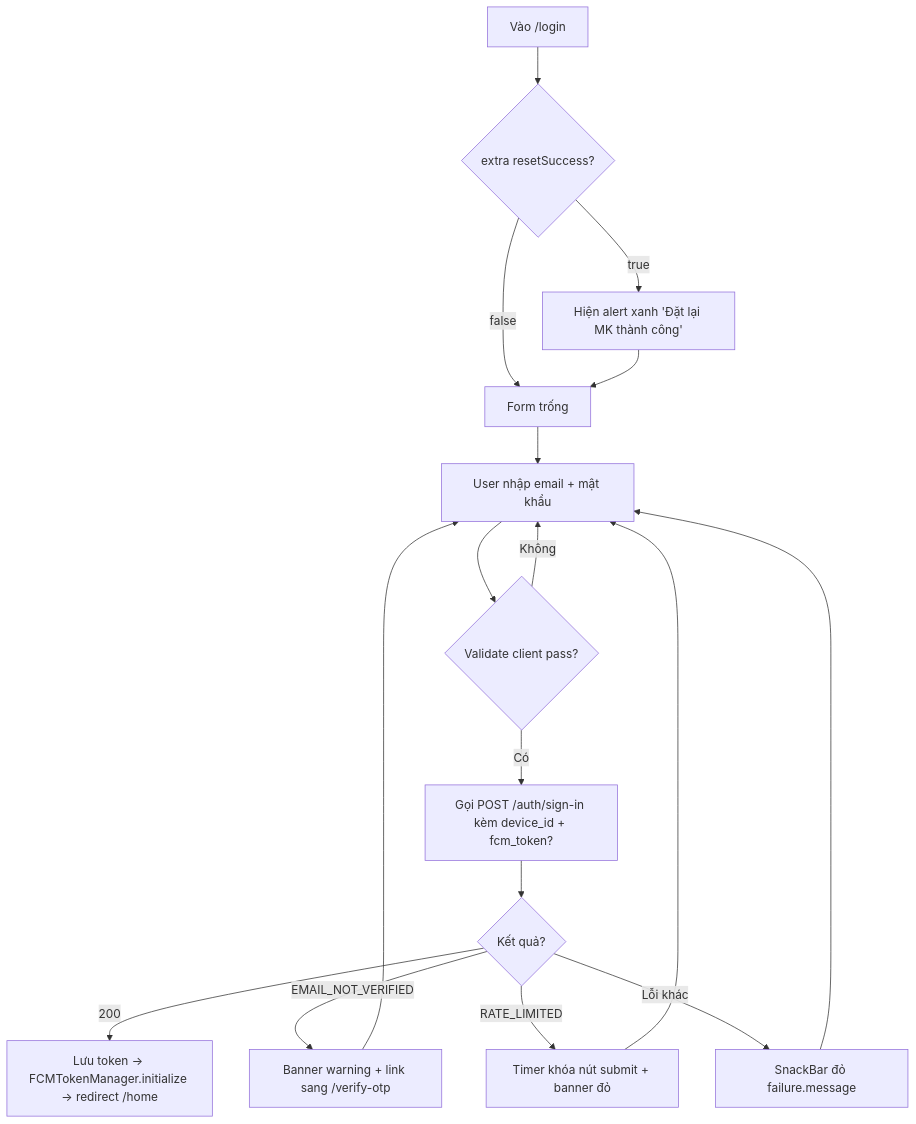
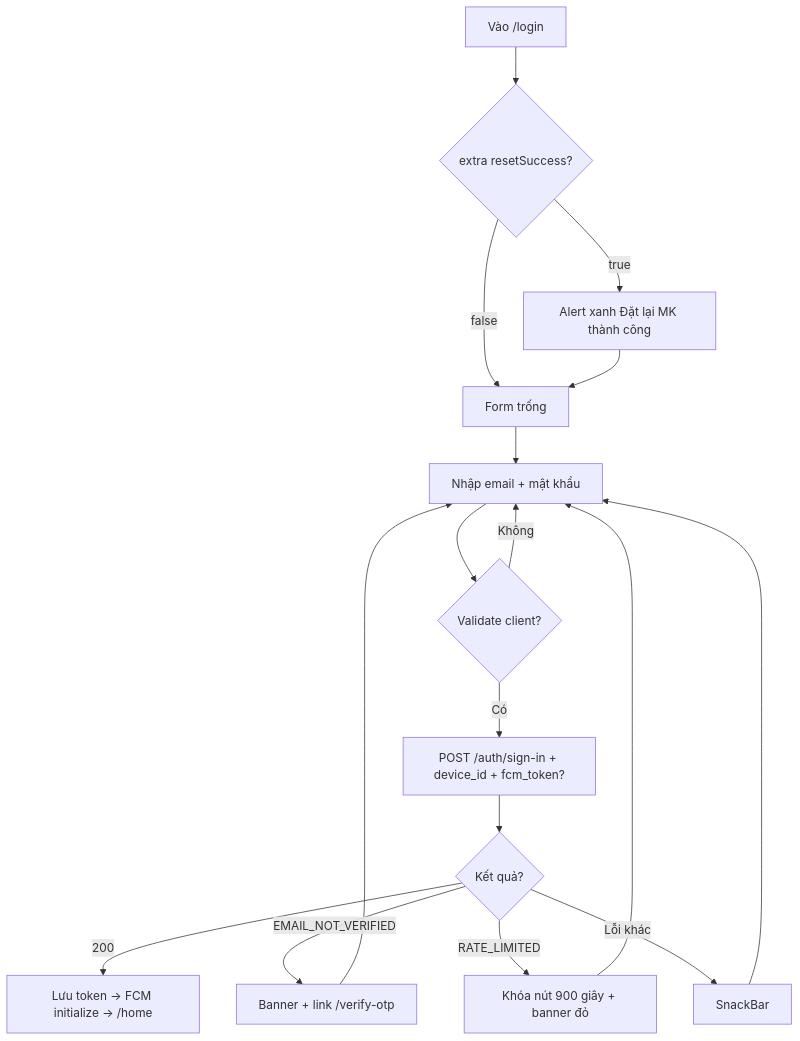
The sixth of 8 diagrams in flow/01-auth.md (FintechVSF-Tranning/PaySplit-RP), drawn with Mermaid before and after one commit. The commit also changed other lines of this file and 8 other files, not shown here.

````diff
--- a/flow/01-auth.md
+++ b/flow/01-auth.md
@@ -289,19 +308,19 @@
 ```mermaid
 flowchart TD
     A["Vào /login"] --> B{"extra resetSuccess?"}
-    B -->|"true"| C["Hiện alert xanh 'Đặt lại MK thành công'"]
+    B -->|"true"| C["Alert xanh Đặt lại MK thành công"]
     B -->|"false"| D["Form trống"]
     C --> D
-    D --> E["User nhập email + mật khẩu"]
-    E --> F{"Validate client pass?"}
+    D --> E["Nhập email + mật khẩu"]
+    E --> F{"Validate client?"}
     F -->|"Không"| E
-    F -->|"Có"| G["Gọi POST /auth/sign-in kèm device_id + fcm_token?"]
+    F -->|"Có"| G["POST /auth/sign-in + device_id + fcm_token?"]
     G --> H{"Kết quả?"}
-    H -->|"200"| I["Lưu token → FCMTokenManager.initialize → redirect /home"]
-    H -->|"EMAIL_NOT_VERIFIED"| J["Banner warning + link sang /verify-otp"]
+    H -->|"200"| I["Lưu token → FCM initialize → /home"]
+    H -->|"EMAIL_NOT_VERIFIED"| J["Banner + link /verify-otp"]
     J --> E
-    H -->|"RATE_LIMITED"| K["Timer khóa nút submit + banner đỏ"]
+    H -->|"RATE_LIMITED"| K["Khóa nút 900 giây + banner đỏ"]
     K --> E
-    H -->|"Lỗi khác"| L["SnackBar đỏ failure.message"]
+    H -->|"Lỗi khác"| L["SnackBar"]
     L --> E
 ```
````
